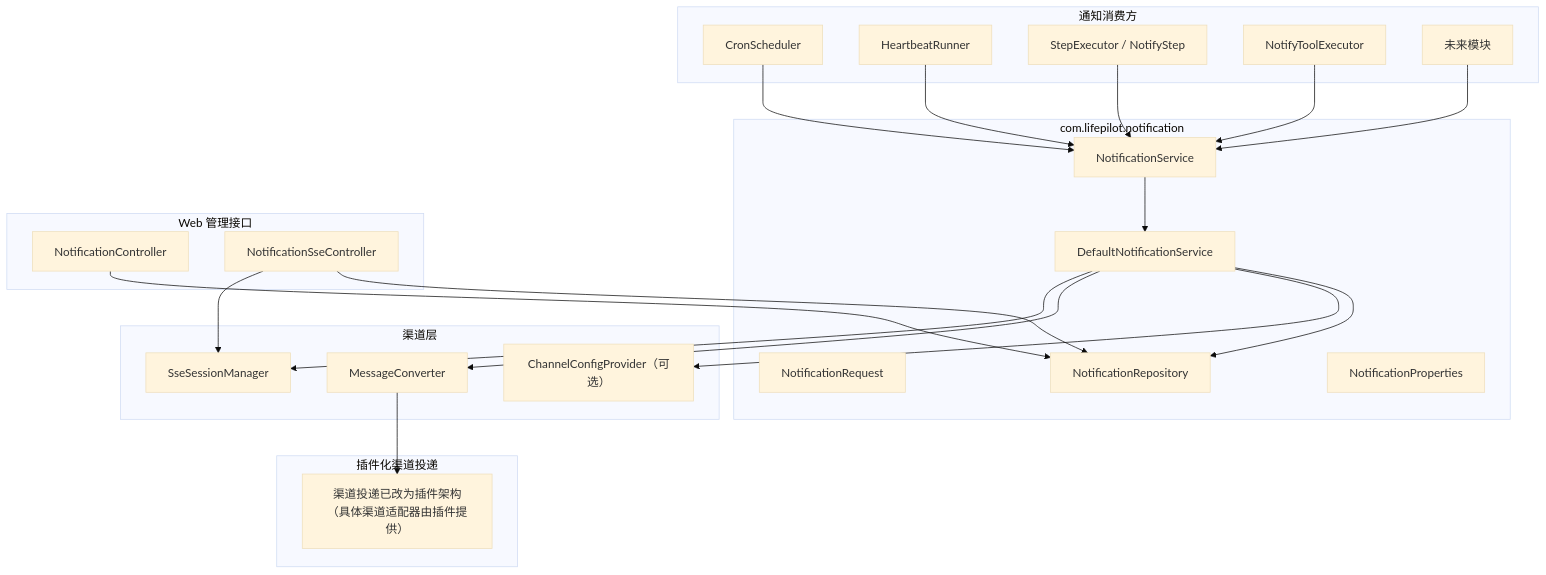
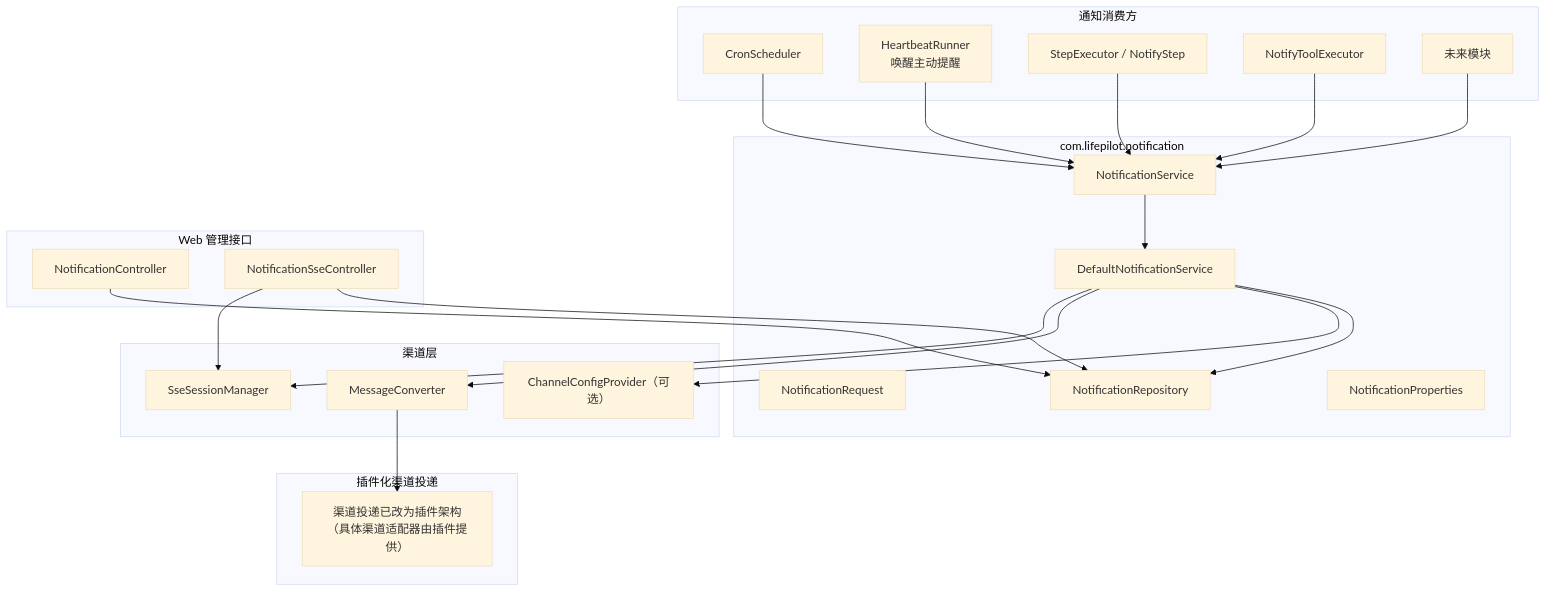
One commit to ntygod/LifePilot changed the first of 2 diagrams in docs/architecture/notification.md. Above: the diagram before and after it, drawn with Mermaid (base theme). The commit also changed other lines of this file and 148 other files, not shown here.

````diff
--- a/docs/architecture/notification.md
+++ b/docs/architecture/notification.md
@@ -23,49 +23,49 @@
 ```mermaid
 graph TB
     subgraph "通知消费方"
         CRON["CronScheduler"]
-        HEARTBEAT["HeartbeatRunner"]
+        HEARTBEAT["HeartbeatRunner<br/>唤醒主动提醒"]
         WF["StepExecutor / NotifyStep"]
         META["NotifyToolExecutor"]
         FUTURE["未来模块"]
     end
 
     subgraph "com.lifepilot.notification"
         NS["NotificationService"]
         IMPL["DefaultNotificationService"]
         NR["NotificationRequest"]
         REPO["NotificationRepository"]
         PROPS["NotificationProperties"]
     end
 
     subgraph "渠道层"
         CFG["ChannelConfigProvider（可选）"]
         MC["MessageConverter"]
         SSE["SseSessionManager"]
     end
 
     subgraph "插件化渠道投递"
         PLUGIN_NOTE["渠道投递已改为插件架构<br/>（具体渠道适配器由插件提供）"]
     end
 
     subgraph "Web 管理接口"
         NC["NotificationController"]
         NSC["NotificationSseController"]
     end
 
     CRON --> NS
     HEARTBEAT --> NS
     WF --> NS
     META --> NS
     FUTURE --> NS
 
     NS --> IMPL
     IMPL --> REPO
     IMPL --> CFG
     IMPL --> MC
     MC --> PLUGIN_NOTE
     IMPL --> SSE
     NC --> REPO
     NSC --> REPO
     NSC --> SSE
 ```
````
